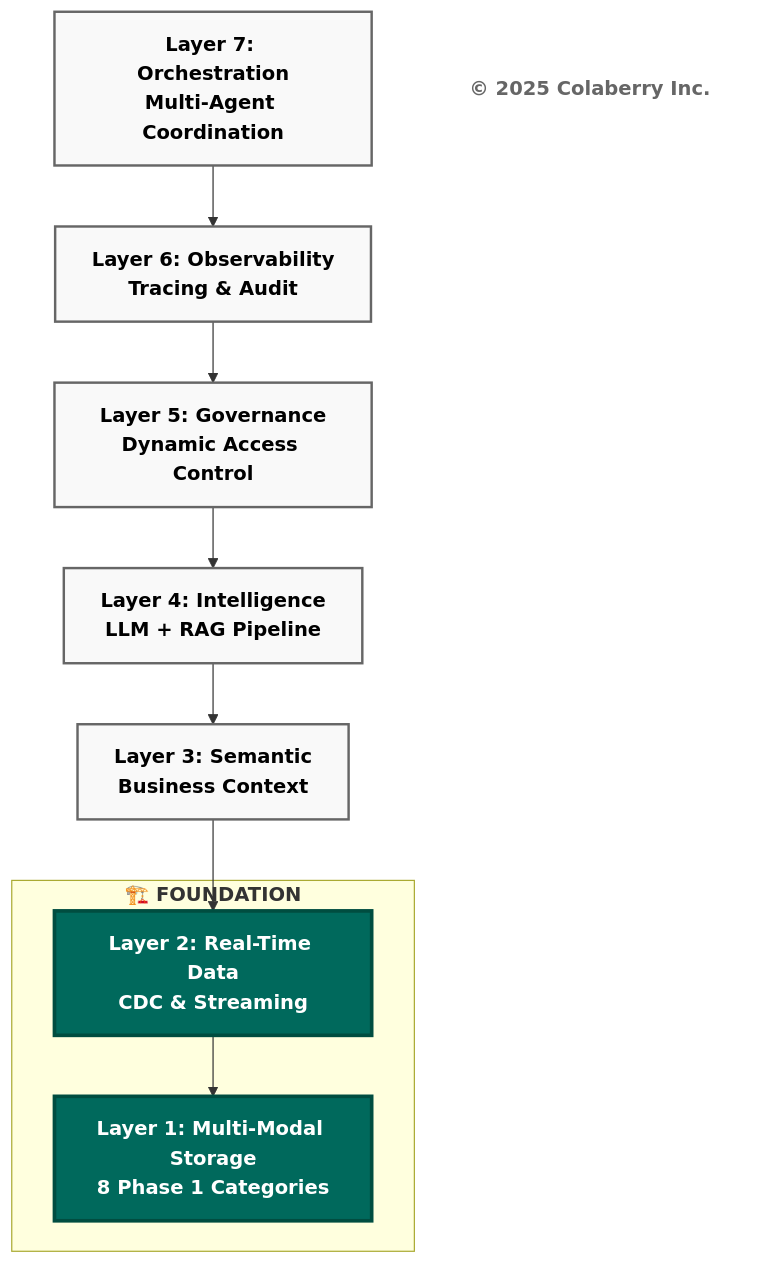
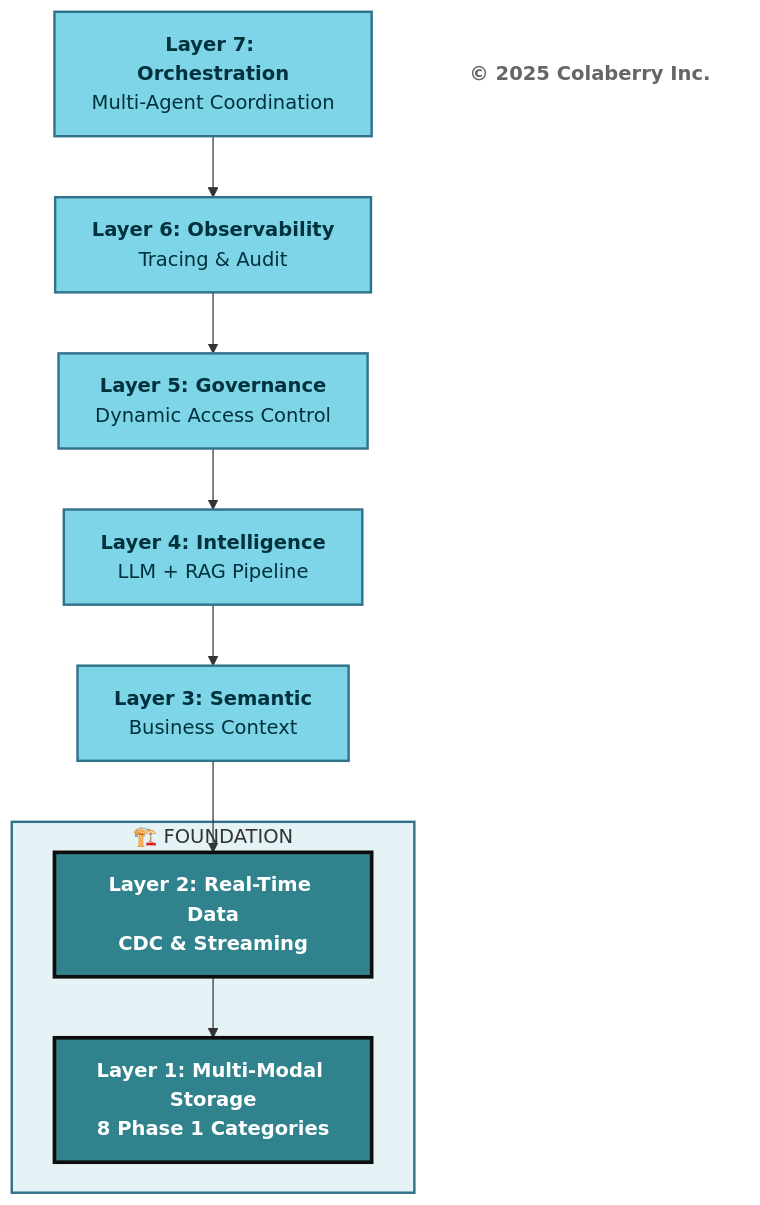
Before and after one commit to saitejesh-cyber/trust-before-intelligence-book: the third of 11 diagrams in manuscript/05_chapter_4_foundation_layers.md, drawn with Mermaid. The commit also changed other lines of this file, not shown here.

Commit message:
Update mermaid diagrams as per new coloberry color and contrast ratio for chapter 5

````diff
--- a/manuscript/05_chapter_4_foundation_layers.md
+++ b/manuscript/05_chapter_4_foundation_layers.md
@@ -109,27 +110,28 @@
 ```mermaid
 graph TB
-    L7["<b>Layer 7: Orchestration</b><br/><b>Multi-Agent Coordination</b>"]
-    L6["<b>Layer 6: Observability</b><br/><b>Tracing & Audit</b>"]
-    L5["<b>Layer 5: Governance</b><br/><b>Dynamic Access Control</b>"]
-    L4["<b>Layer 4: Intelligence</b><br/><b>LLM + RAG Pipeline</b>"]
-    L3["<b>Layer 3: Semantic</b><br/><b>Business Context</b>"]
+    L7["<b>Layer 7: Orchestration</b><br/>Multi-Agent Coordination"]
+    L6["<b>Layer 6: Observability</b><br/>Tracing & Audit"]
+    L5["<b>Layer 5: Governance</b><br/>Dynamic Access Control"]
+    L4["<b>Layer 4: Intelligence</b><br/>LLM + RAG Pipeline"]
+    L3["<b>Layer 3: Semantic</b><br/>Business Context"]
     
-    subgraph "<b>🏗️ FOUNDATION</b>"
+    subgraph FOUNDATION["🏗️ FOUNDATION"]
         L2["<b>Layer 2: Real-Time Data</b><br/><b>CDC & Streaming</b>"]
         L1["<b>Layer 1: Multi-Modal Storage</b><br/><b>8 Phase 1 Categories</b>"]
     end
     
     Copyright["<b>© 2025 Colaberry Inc.</b>"]
     
     L7 --> L6 --> L5 --> L4 --> L3
     L3 --> L2 --> L1
-    
-    style L7 fill:#f9f9f9,stroke:#666666,stroke-width:2px,color:#000000
-    style L6 fill:#f9f9f9,stroke:#666666,stroke-width:2px,color:#000000
-    style L5 fill:#f9f9f9,stroke:#666666,stroke-width:2px,color:#000000
-    style L4 fill:#f9f9f9,stroke:#666666,stroke-width:2px,color:#000000
-    style L3 fill:#f9f9f9,stroke:#666666,stroke-width:2px,color:#000000
-    style L2 fill:#00695c,color:#ffffff,stroke:#004d40,stroke-width:3px
-    style L1 fill:#00695c,color:#ffffff,stroke:#004d40,stroke-width:3px
+
+    style L7 fill:#7FD5E8,stroke:#32738C,stroke-width:2px,color:#00323D
+    style L6 fill:#7FD5E8,stroke:#32738C,stroke-width:2px,color:#00323D
+    style L5 fill:#7FD5E8,stroke:#32738C,stroke-width:2px,color:#00323D
+    style L4 fill:#7FD5E8,stroke:#32738C,stroke-width:2px,color:#00323D
+    style L3 fill:#7FD5E8,stroke:#32738C,stroke-width:2px,color:#00323D
+    style L2 fill:#30838C,color:#ffffff,stroke:#0D0D0D,stroke-width:3px
+    style L1 fill:#30838C,color:#ffffff,stroke:#0D0D0D,stroke-width:3px
+    style FOUNDATION fill:#E6F3F6,stroke:#32738C,stroke-width:2px
     style Copyright fill:#ffffff,stroke:none,color:#666666
 ```
````
